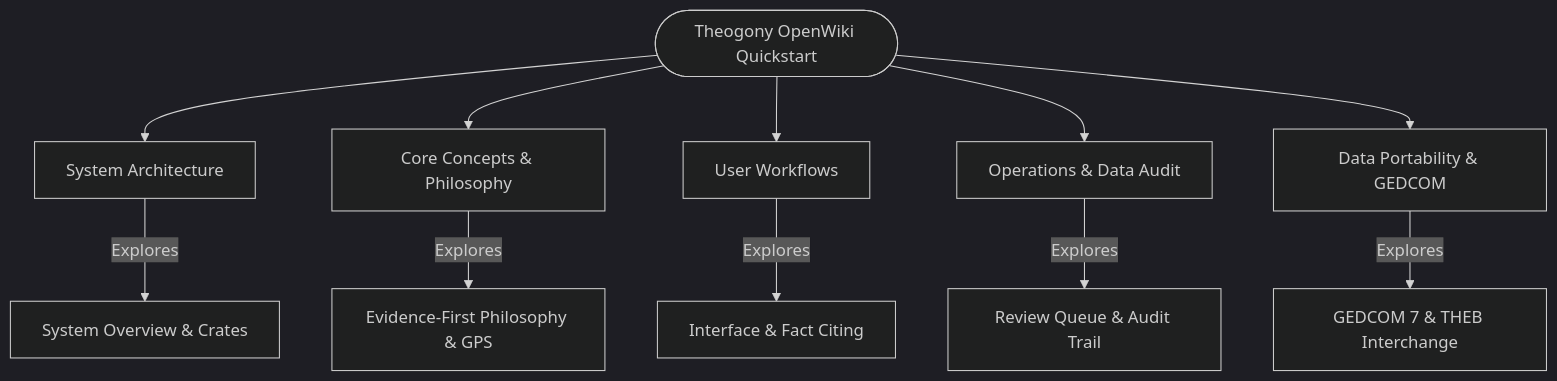
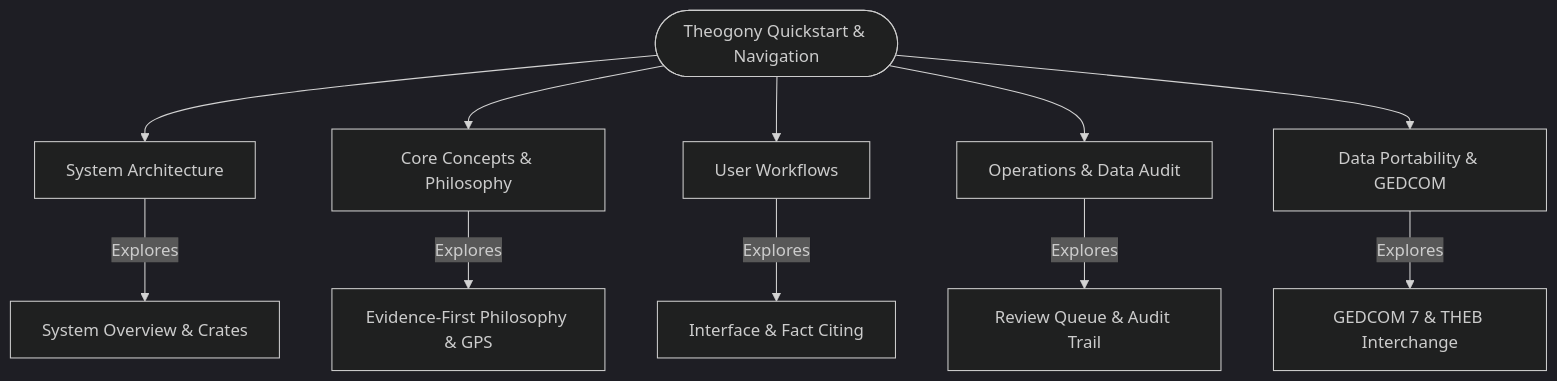
The diagram in openwiki/quickstart.md (alerum68/Theogony), drawn with Mermaid (dark theme) before and after one commit. The commit also changed other lines of this file and 12 other files, not shown here.

````diff
--- a/openwiki/quickstart.md
+++ b/openwiki/quickstart.md
@@ -29,14 +29,14 @@
 ```mermaid
 graph TD
-    Root([Theogony OpenWiki Quickstart]) --> Arch[System Architecture]
+    Root([Theogony Quickstart & Navigation]) --> Arch[System Architecture]
     Root --> Concepts[Core Concepts & Philosophy]
     Root --> Workflows[User Workflows]
     Root --> Operations[Operations & Data Audit]
     Root --> Integrations[Data Portability & GEDCOM]
 
     Arch -->|Explores| SysOverview[System Overview & Crates]
     Concepts -->|Explores| GPS[Evidence-First Philosophy & GPS]
     Workflows -->|Explores| UserGuides[Interface & Fact Citing]
     Operations -->|Explores| Review[Review Queue & Audit Trail]
     Integrations -->|Explores| Gedcom[GEDCOM 7 & THEB Interchange]
 ```
````
